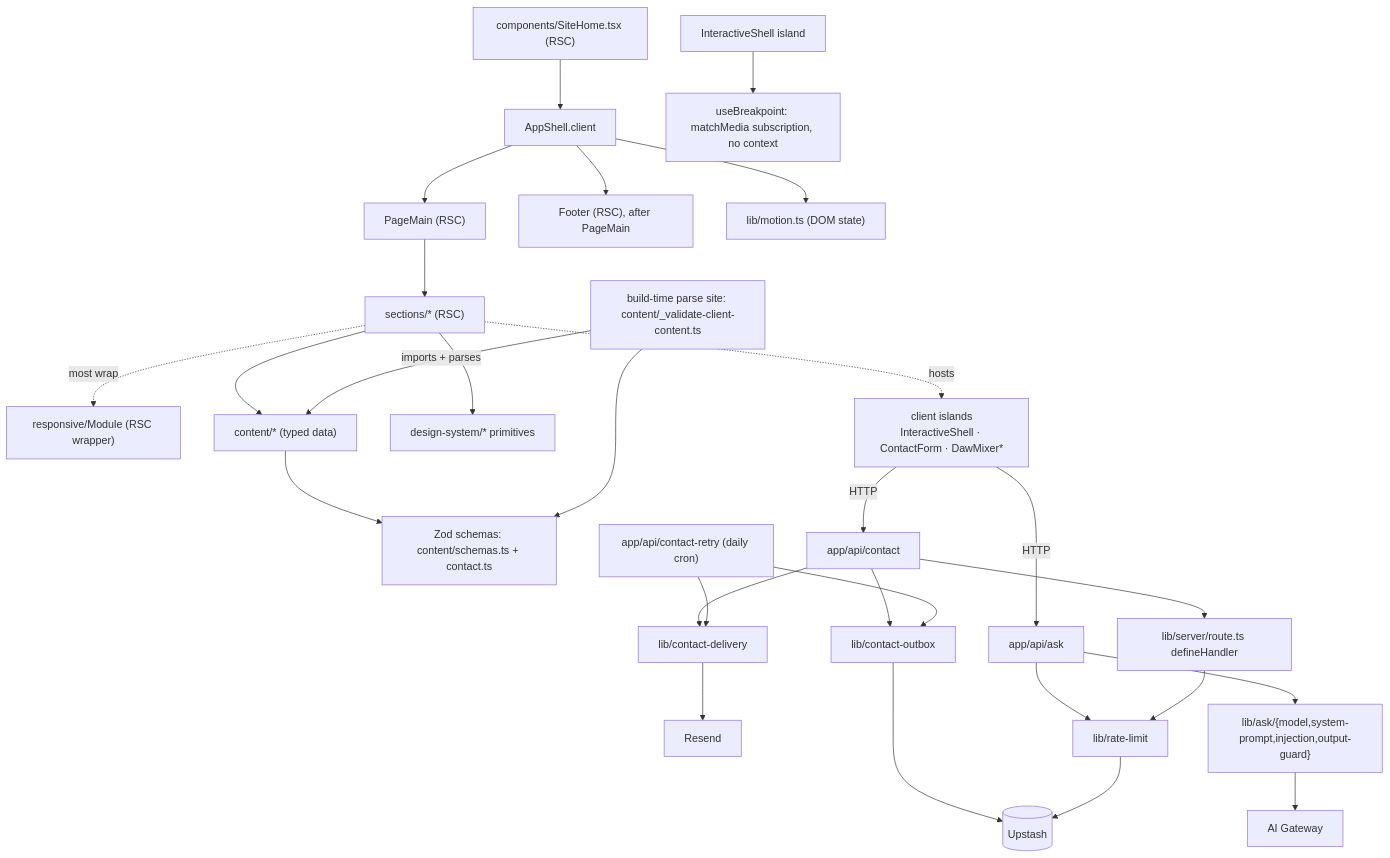
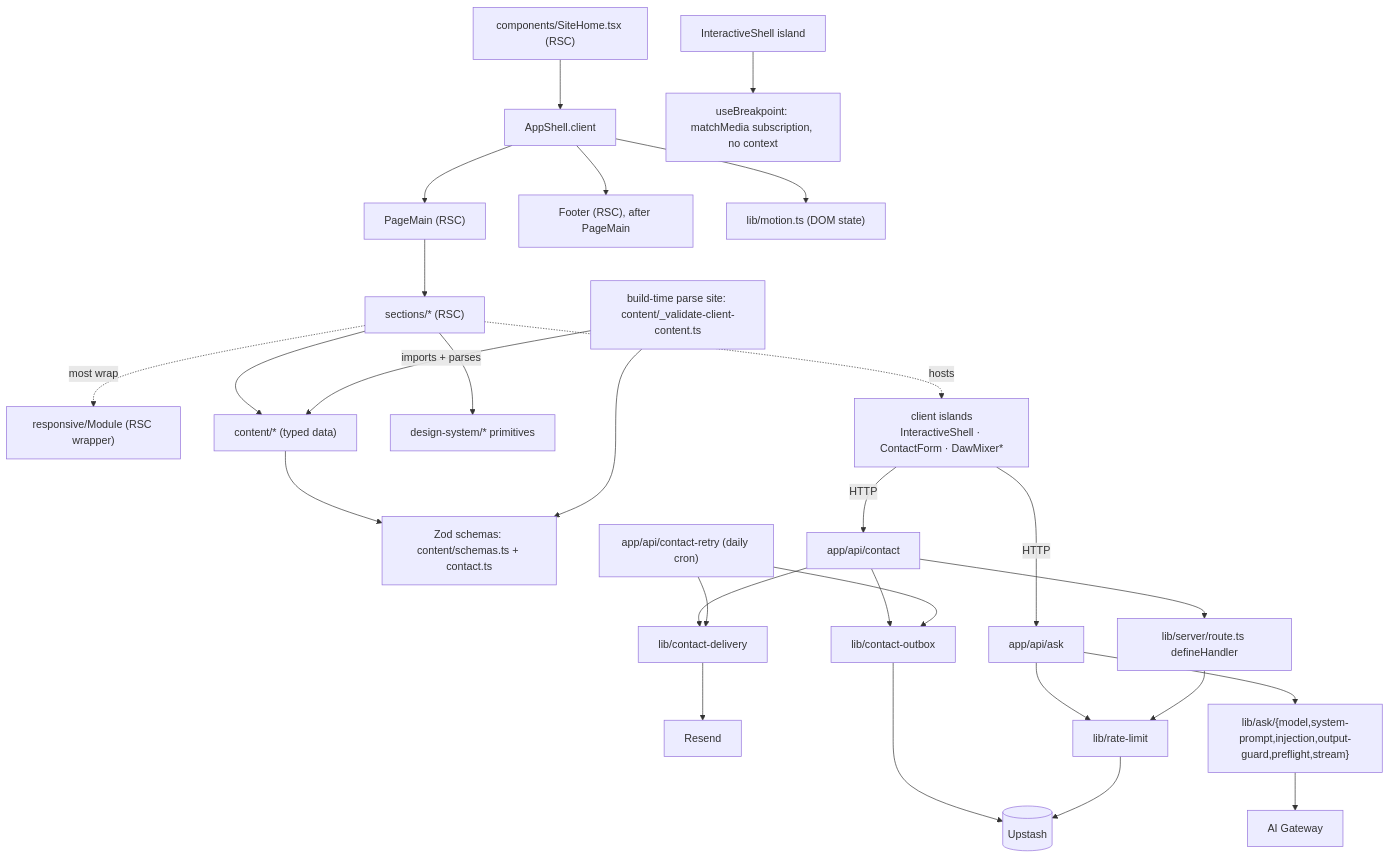
One commit to erikunha/portfolio changed the third of 3 diagrams in docs/01-architecture.md. Above: the diagram before and after it, drawn with Mermaid. The commit also changed 5 other files, not shown here.

First line of the commit message:
docs(ask): describe the preflight and stream modules and test preflight alone

````diff
--- a/docs/01-architecture.md
+++ b/docs/01-architecture.md
@@ -100,30 +100,30 @@
 ```mermaid
 flowchart TD
     page["components/SiteHome.tsx (RSC)"] --> shell["AppShell.client"]
     shell --> main["PageMain (RSC)"]
     main --> sectionN["sections/* (RSC)"]
     shell --> footer["Footer (RSC), after PageMain"]
     sectionN -. most wrap .-> module["responsive/Module (RSC wrapper)"]
     sectionN --> content["content/* (typed data)"]
     sectionN --> dsprim["design-system/* primitives"]
     sectionN -. hosts .-> island["client islands<br/>InteractiveShell · ContactForm · DawMixer*"]
     content --> schemas["Zod schemas: content/schemas.ts + contact.ts"]
     gate["build-time parse site: content/_validate-client-content.ts"] -->|imports + parses| content
     gate --> schemas
     island -->|HTTP| apiask["app/api/ask"]
     island -->|HTTP| apicontact["app/api/contact"]
     apicontact --> defh["lib/server/route.ts defineHandler"]
     apicontact --> delivery["lib/contact-delivery"]
     apicontact --> outbox["lib/contact-outbox"]
     retry["app/api/contact-retry (daily cron)"] --> delivery
     retry --> outbox
     outbox --> redis
     delivery --> resend["Resend"]
     apiask --> rl["lib/rate-limit"]
-    apiask --> askmod["lib/ask/{model,system-prompt,injection,output-guard}"]
+    apiask --> askmod["lib/ask/{model,system-prompt,injection,output-guard,preflight,stream}"]
     defh --> rl
     rl --> redis[("Upstash")]
     askmod --> gw["AI Gateway"]
     shellisland["InteractiveShell island"] --> media["useBreakpoint: matchMedia subscription, no context"]
     shell --> motion["lib/motion.ts (DOM state)"]
 ```
````
